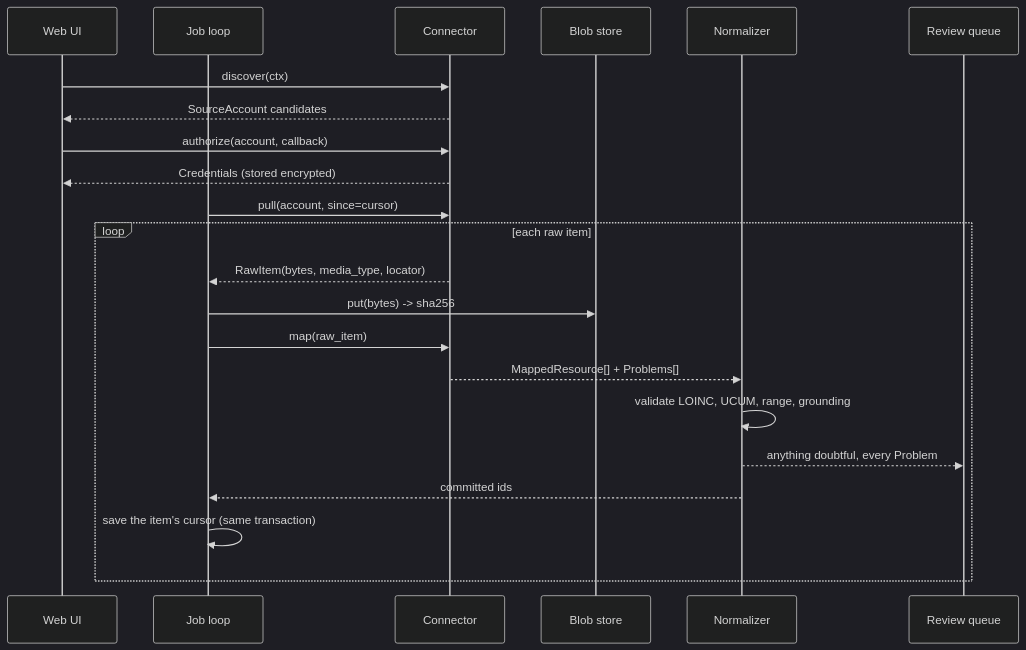
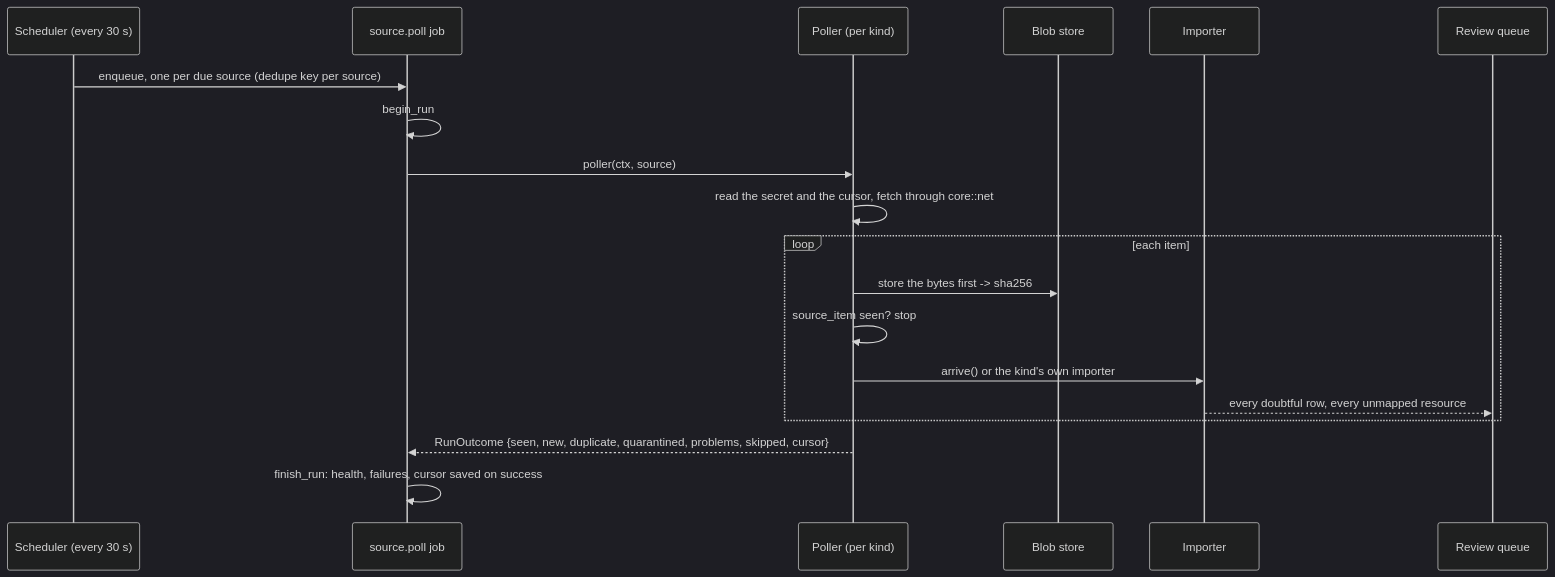
One commit to GeiserX/OwnHealth changed the second of 2 diagrams in docs/design/connectors.md. Above: the diagram before and after it, drawn with Mermaid (dark theme). The commit also changed other lines of this file, not shown here.

First line of the commit message:
docs(connectors): the connector design matches the Rust framework, and a LAN-only instance can register a SMART client

````diff
--- a/docs/design/connectors.md
+++ b/docs/design/connectors.md
@@ -288,24 +288,21 @@
 ```mermaid
 sequenceDiagram
-  participant UI as Web UI
-  participant J as Job loop
-  participant C as Connector
+  participant S as Scheduler (every 30 s)
+  participant J as source.poll job
+  participant P as Poller (per kind)
   participant B as Blob store
-  participant N as Normalizer
+  participant I as Importer
   participant Q as Review queue
-  UI->>C: discover(ctx)
-  C-->>UI: SourceAccount candidates
-  UI->>C: authorize(account, callback)
-  C-->>UI: Credentials (stored encrypted)
-  J->>C: pull(account, since=cursor)
-  loop each raw item
-    C-->>J: RawItem(bytes, media_type, locator)
-    J->>B: put(bytes) -> sha256
-    J->>C: map(raw_item)
-    C-->>N: MappedResource[] + Problems[]
-    N->>N: validate LOINC, UCUM, range, grounding
-    N-->>Q: anything doubtful, every Problem
-    N-->>J: committed ids
-    J->>J: save the item's cursor (same transaction)
+  S->>J: enqueue, one per due source (dedupe key per source)
+  J->>J: begin_run
+  J->>P: poller(ctx, source)
+  P->>P: read the secret and the cursor, fetch through core::net
+  loop each item
+    P->>B: store the bytes first -> sha256
+    P->>P: source_item seen? stop
+    P->>I: arrive() or the kind's own importer
+    I-->>Q: every doubtful row, every unmapped resource
   end
+  P-->>J: RunOutcome {seen, new, duplicate, quarantined, problems, skipped, cursor}
+  J->>J: finish_run: health, failures, cursor saved on success
 ```
````
